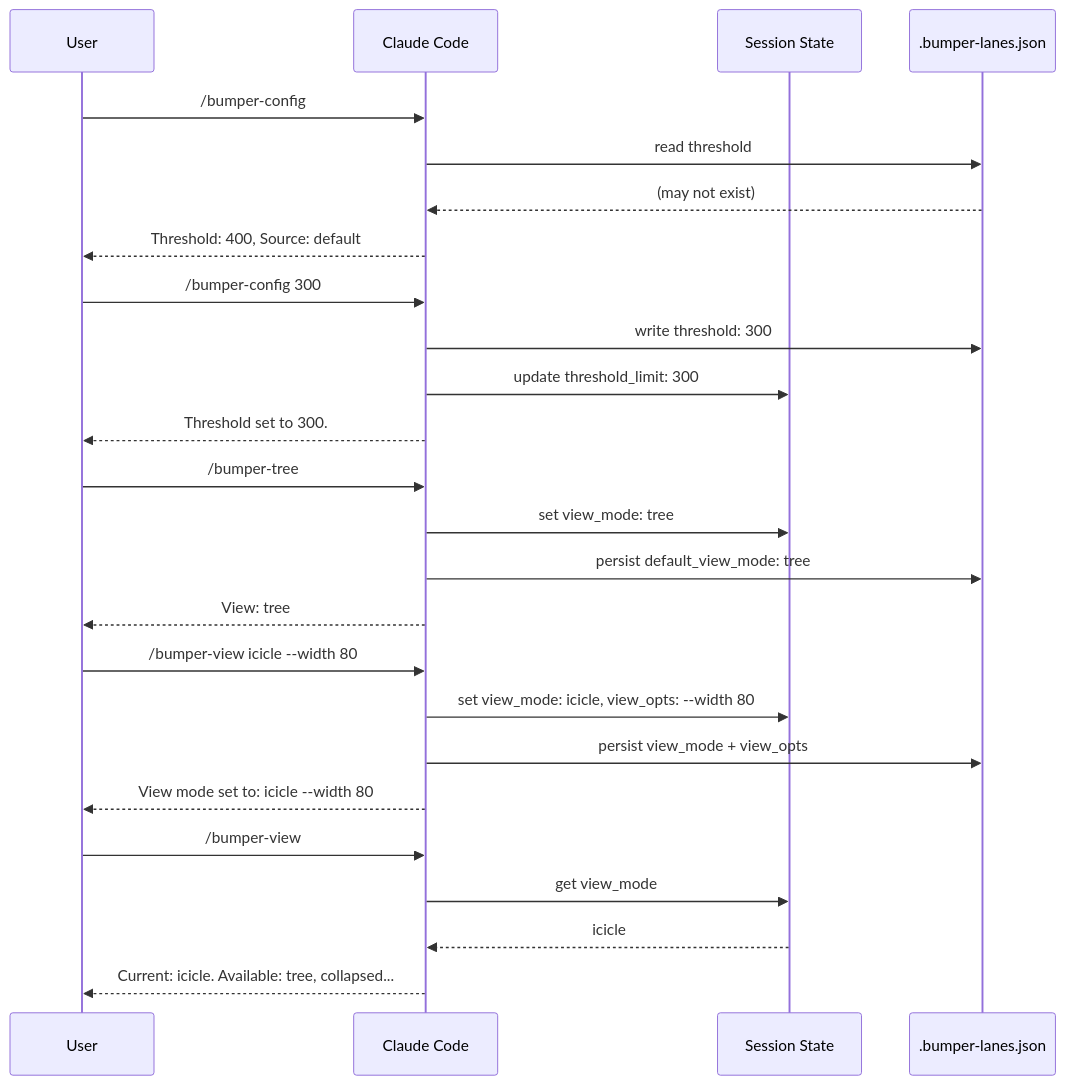
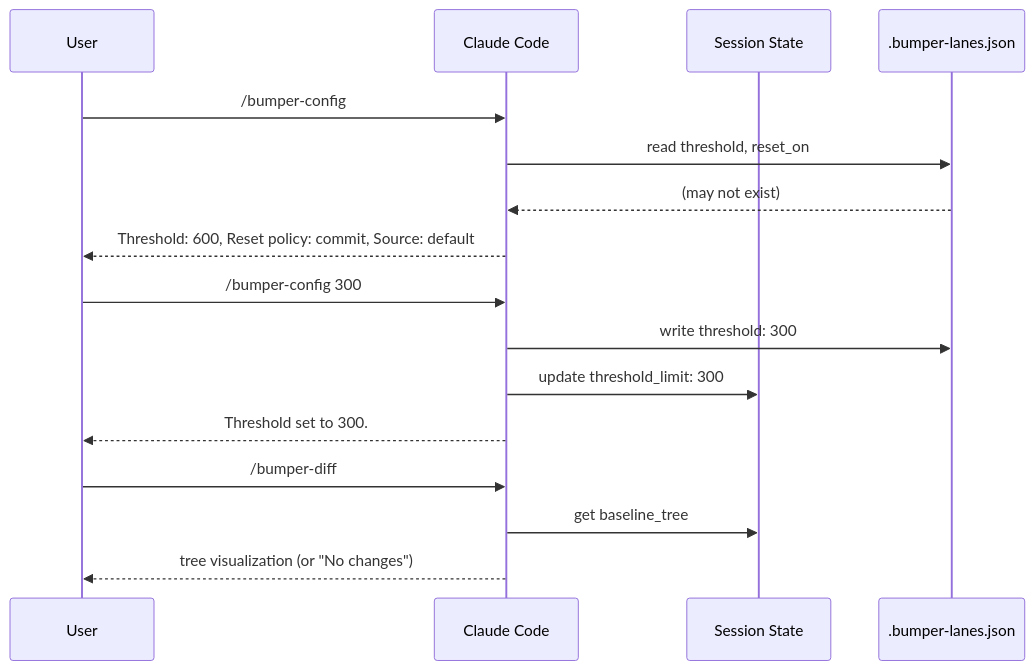
Before and after one commit to kylesnowschwartz/claude-bumper-lanes: the diagram in docs/configuration-sequence.mmd, drawn with Mermaid. The commit also changed 35 other files, not shown here.

First line of the commit message:
feat!: statusline diet - one-line indicator, on-demand /bumper-diff, drop view-command family

```diff
--- a/docs/configuration-sequence.mmd
+++ b/docs/configuration-sequence.mmd
@@ -1,60 +1,46 @@
 %% Configuration Flow: All ways users configure bumper-lanes
 %% Render: cat configuration-sequence.mmd | mermaid-ascii -f -
 %% Focus: User-facing commands and their effects on storage
 
 sequenceDiagram
     participant User
     participant CC as Claude Code
     participant Sess as Session State
     participant Config as .bumper-lanes.json
 
     %% === THRESHOLD CONFIGURATION ===
 
     %% Show current config
     User->>CC: /bumper-config
-    CC->>Config: read threshold
+    CC->>Config: read threshold, reset_on
     Config-->>CC: (may not exist)
-    CC-->>User: Threshold: 400, Source: default
+    CC-->>User: Threshold: 600, Reset policy: commit, Source: default
 
     %% Set threshold (applies immediately)
     User->>CC: /bumper-config 300
     CC->>Config: write threshold: 300
     CC->>Sess: update threshold_limit: 300
     CC-->>User: Threshold set to 300.
 
-    %% === VIEW MODE CONFIGURATION ===
+    %% === ON-DEMAND DIFF VIEW ===
 
-    %% Per-mode command (immediate, no opts)
-    User->>CC: /bumper-tree
-    CC->>Sess: set view_mode: tree
-    CC->>Config: persist default_view_mode: tree
-    CC-->>User: View: tree
-
-    %% View command with opts (both persisted now)
-    User->>CC: /bumper-view icicle --width 80
-    CC->>Sess: set view_mode: icicle, view_opts: --width 80
-    CC->>Config: persist view_mode + view_opts
-    CC-->>User: View mode set to: icicle --width 80
-
-    %% Show current view mode
-    User->>CC: /bumper-view
-    CC->>Sess: get view_mode
-    Sess-->>CC: icicle
-    CC-->>User: Current: icicle. Available: tree, collapsed...
+    %% Render working tree vs review baseline in the transcript
+    User->>CC: /bumper-diff
+    CC->>Sess: get baseline_tree
+    CC-->>User: tree visualization (or "No changes")
 
 %% ============================================================
 %% VALIDATION REFERENCES
 %% ============================================================
-%% - Config load: internal/config/config.go:65-78
-%% - Threshold set: internal/hooks/prompt_handler.go:209-253
-%% - View mode set: internal/hooks/prompt_handler.go:149-207
-%% - View opts storage: internal/state/session.go:29-30
-%% - Persist view: internal/hooks/view.go:63-72
+%% - Config load: internal/config/config.go (loadMergedConfig)
+%% - Threshold set: internal/hooks/prompt_handler.go (setThreshold)
+%% - Diff render: internal/hooks/diffrender.go (renderBaselineDiff)
 %%
 %% CONFIGURATION SURFACE AREA
-%% - Threshold: 50-2000 points (default 400)
-%% - View modes: tree, collapsed, smart, topn, icicle, brackets
-%% - View opts: --width N, --depth N (now persisted!)
+%% - threshold: 0 (disabled) or 50-2000 points (default 600)
+%% - reset_on: commit | verified-commit | human
+%% - statusline_auto_setup: bool (default false)
+%% - tripwire_paths / tripwire_patterns: globs and added-line substrings
 %%
 %% Config file: .bumper-lanes.json at repo root
 %% Users can add to .gitignore if they don't want to track
```
